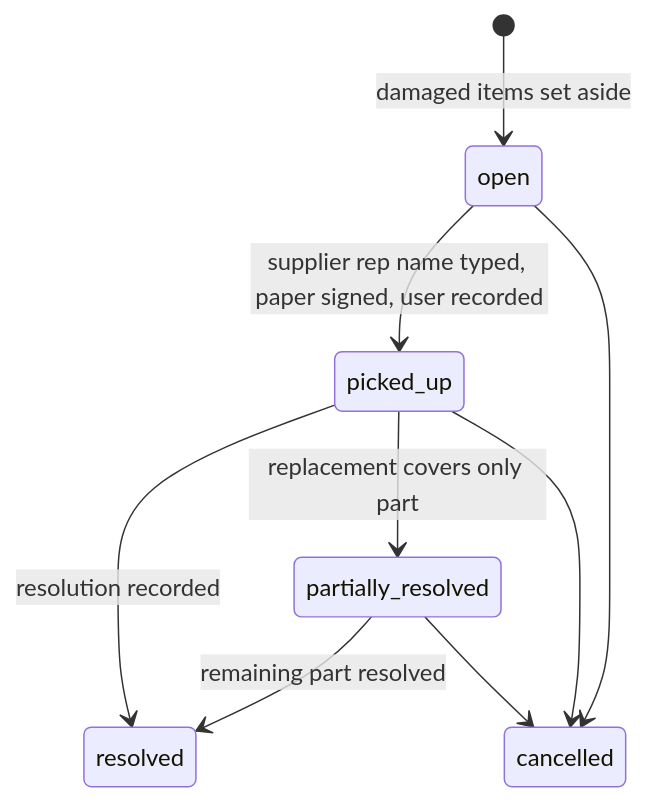
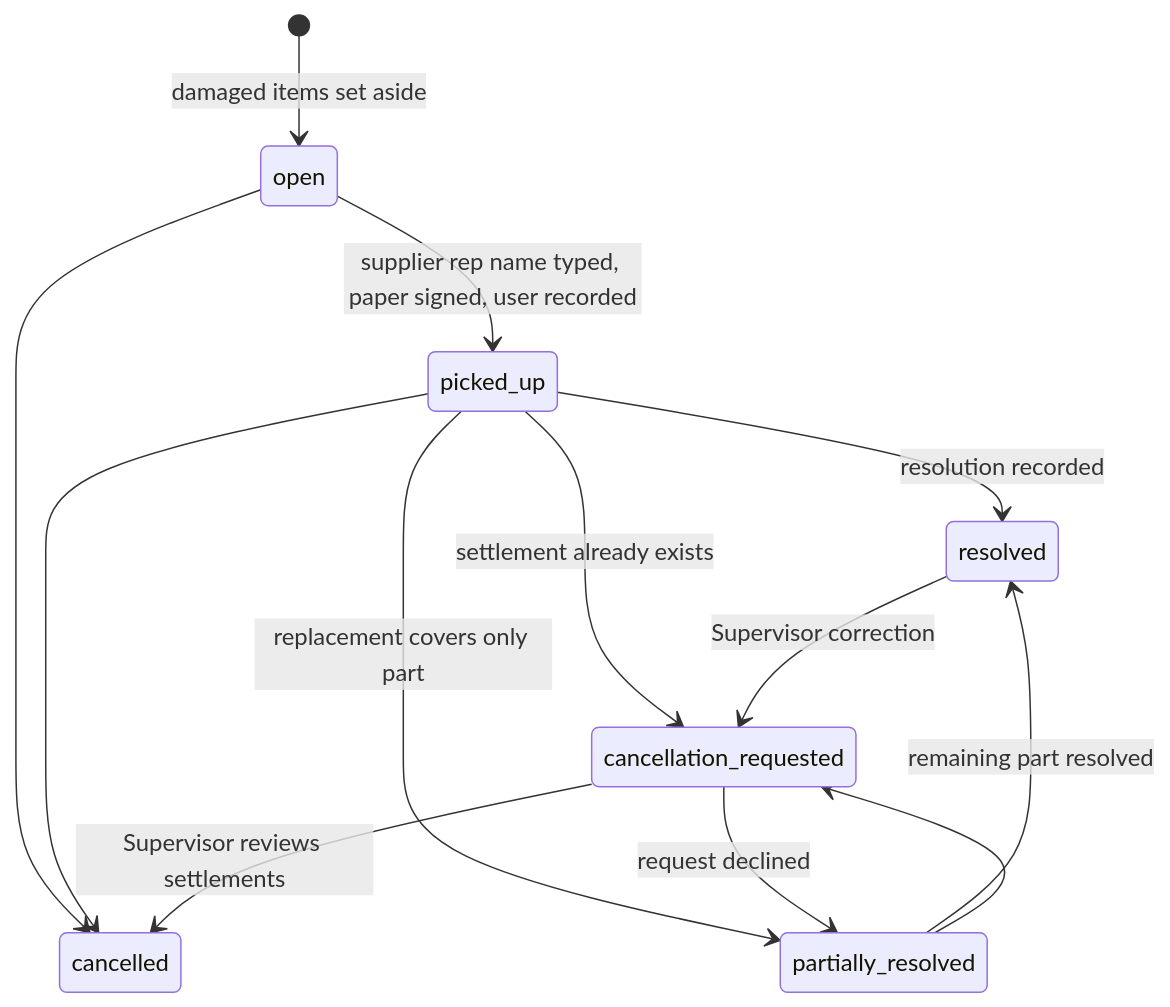
One commit to ababamahmoudi/Supermarket-Inventory changed the fourth of 4 diagrams in docs/workflows.md. Above: the diagram before and after it, drawn with Mermaid. The commit also changed other lines of this file and 15 other files, not shown here.

````diff
--- a/docs/workflows.md
+++ b/docs/workflows.md
@@ -84,11 +92,15 @@
 ```mermaid
 stateDiagram-v2
   [*] --> open: damaged items set aside
   open --> picked_up: supplier rep name typed, paper signed, user recorded
   picked_up --> resolved: resolution recorded
   picked_up --> partially_resolved: replacement covers only part
   partially_resolved --> resolved: remaining part resolved
   open --> cancelled
   picked_up --> cancelled
-  partially_resolved --> cancelled
+  picked_up --> cancellation_requested: settlement already exists
+  partially_resolved --> cancellation_requested
+  resolved --> cancellation_requested: Supervisor correction
+  cancellation_requested --> cancelled: Supervisor reviews settlements
+  cancellation_requested --> partially_resolved: request declined
 ```
````
